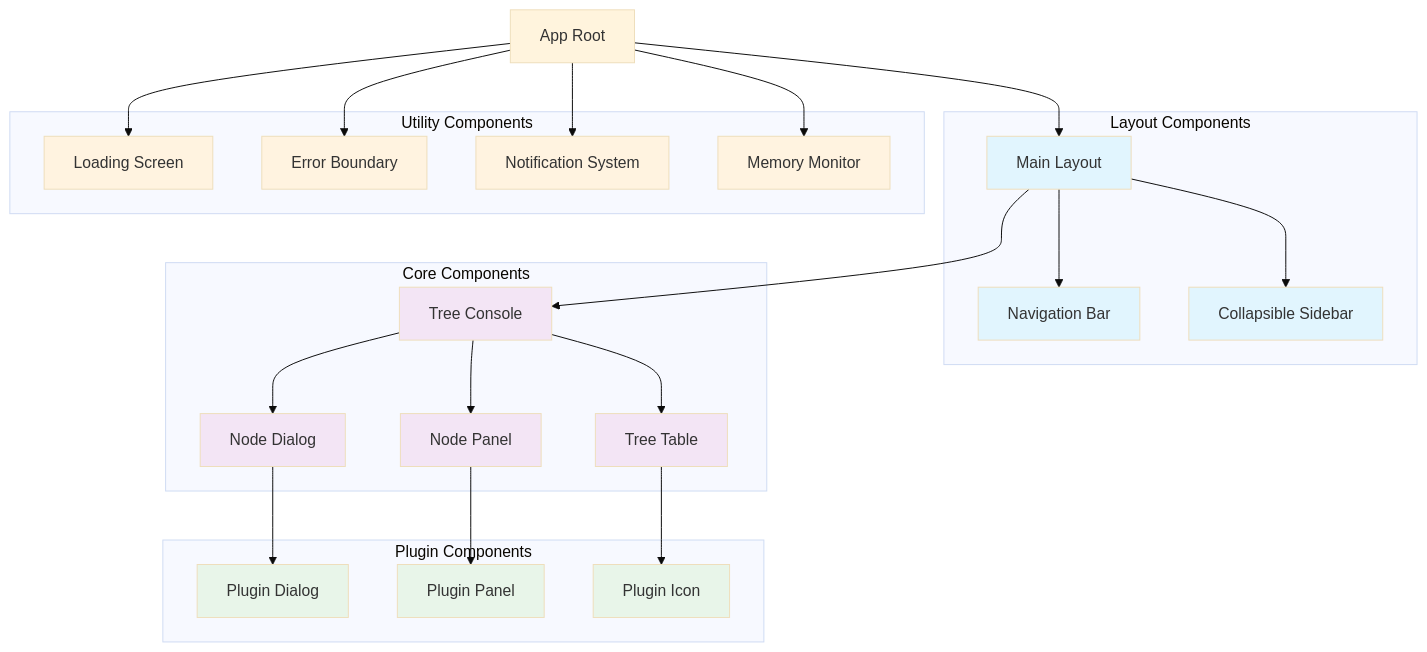
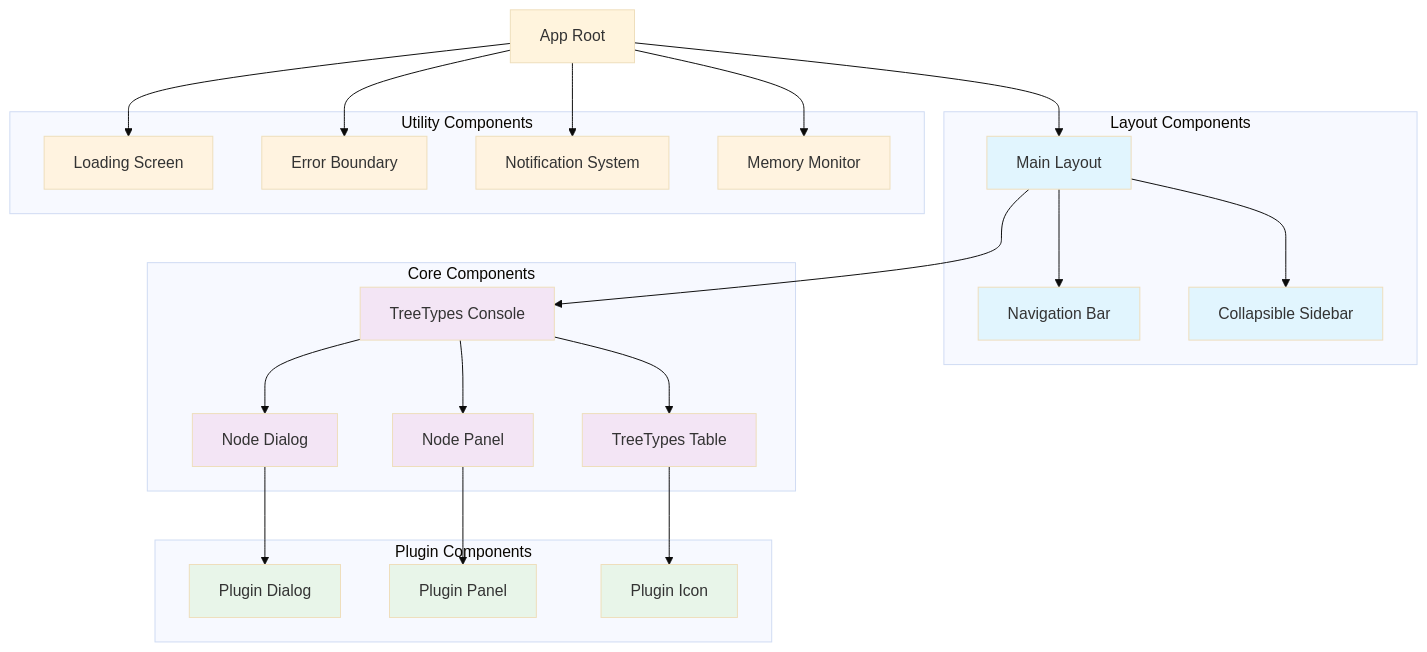
One commit to kubohiroya/hierarchidb changed the third of 7 diagrams in docs/DEVELOPER_REPORT_COMPREHENSIVE/04_DESIGN.md. Above: the diagram before and after it, drawn with Mermaid (base theme). The commit also changed 452 other files, not shown here.

````diff
--- a/docs/DEVELOPER_REPORT_COMPREHENSIVE/04_DESIGN.md
+++ b/docs/DEVELOPER_REPORT_COMPREHENSIVE/04_DESIGN.md
@@ -103,55 +103,55 @@
 ```mermaid
 graph TD
     App["App Root"]
     
     subgraph "Layout Components"
         Layout["Main Layout"]
         Navigation["Navigation Bar"]
         Sidebar["Collapsible Sidebar"]
     end
     
     subgraph "Core Components"
-        TreeConsole["Tree Console"]
-        TreeTable["Tree Table"]
+        TreeConsole["TreeTypes Console"]
+        TreeTable["TreeTypes Table"]
         NodeDialog["Node Dialog"]
         NodePanel["Node Panel"]
     end
     
     subgraph "Utility Components"
         LoadingScreen["Loading Screen"]
         ErrorBoundary["Error Boundary"]
         NotificationSystem["Notification System"]
         MemoryMonitor["Memory Monitor"]
     end
     
     subgraph "Plugin Components"
         PluginDialog["Plugin Dialog"]
         PluginPanel["Plugin Panel"]
         PluginIcon["Plugin Icon"]
     end
     
     App --> Layout
     Layout --> Navigation
     Layout --> Sidebar
     Layout --> TreeConsole
     TreeConsole --> TreeTable
     TreeConsole --> NodeDialog
     TreeConsole --> NodePanel
     App --> LoadingScreen
     App --> ErrorBoundary
     App --> NotificationSystem
     App --> MemoryMonitor
     NodeDialog --> PluginDialog
     NodePanel --> PluginPanel
     TreeTable --> PluginIcon
     
     classDef layout fill:#e1f5fe
     classDef core fill:#f3e5f5
     classDef utility fill:#fff3e0
     classDef plugin fill:#e8f5e9
     
     class Layout,Navigation,Sidebar layout
     class TreeConsole,TreeTable,NodeDialog,NodePanel core
     class LoadingScreen,ErrorBoundary,NotificationSystem,MemoryMonitor utility
     class PluginDialog,PluginPanel,PluginIcon plugin
 ```
````
